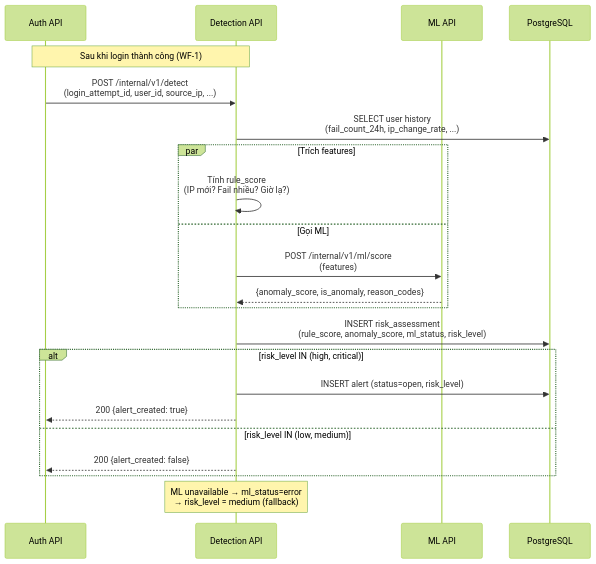
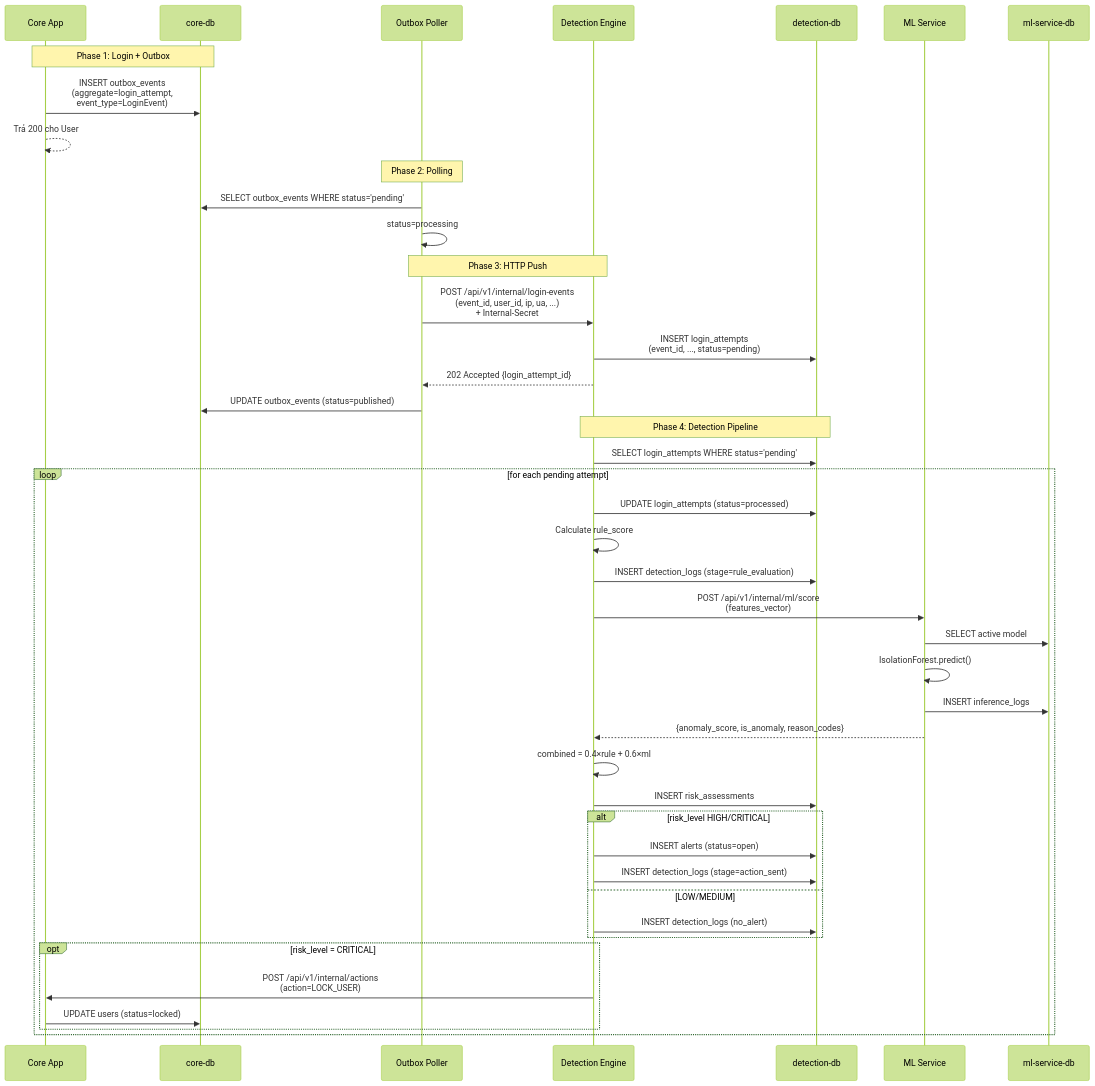
Before and after one commit to Albert-Tuan/sentinel-auth: the third of 7 diagrams in docs/workflows.mmd, drawn with Mermaid (forest theme). The commit also changed other lines of this file and 73 other files, not shown here.

Commit message:
bo sung document cho detection engine

````diff
--- a/docs/workflows.mmd
+++ b/docs/workflows.mmd
@@ -54,30 +90,54 @@
 ```mermaid
 sequenceDiagram
-    participant A as Auth API
-    participant D as Detection API
-    participant ML as ML API
-    participant DB as PostgreSQL
+    participant CA as Core App
+    participant CDB as core-db
+    participant OP as Outbox Poller
+    participant DE as Detection Engine
+    participant DDB as detection-db
+    participant ML as ML Service
+    participant MDB as ml-service-db
 
-    Note over A,D: Sau khi login thành công (WF-1)
+    Note over CA,CDB: Phase 1: Login + Outbox
+    CA->>CDB: INSERT outbox_events<br/>(aggregate=login_attempt,<br/>event_type=LoginEvent)
+    CA-->>CA: Trả 200 cho User
 
-    A->>D: POST /internal/v1/detect<br/>(login_attempt_id, user_id, source_ip, ...)
-    D->>DB: SELECT user history<br/>(fail_count_24h, ip_change_rate, ...)
+    Note over OP: Phase 2: Polling
+    OP->>CDB: SELECT outbox_events WHERE status='pending'
+    OP->>OP: status=processing
 
-    par Trích features
-        D->>D: Tính rule_score<br/>(IP mới? Fail nhiều? Giờ lạ?)
-    and Gọi ML
-        D->>ML: POST /internal/v1/ml/score<br/>(features)
-        ML-->>D: {anomaly_score, is_anomaly, reason_codes}
+    Note over OP,DE: Phase 3: HTTP Push
+    OP->>DE: POST /api/v1/internal/login-events<br/>(event_id, user_id, ip, ua, ...)<br/>+ Internal-Secret
+    DE->>DDB: INSERT login_attempts<br/>(event_id, ..., status=pending)
+    DE-->>OP: 202 Accepted {login_attempt_id}
+    OP->>CDB: UPDATE outbox_events (status=published)
+
+    Note over DE,DDB: Phase 4: Detection Pipeline
+    DE->>DDB: SELECT login_attempts WHERE status='pending'
+
+    loop for each pending attempt
+        DE->>DDB: UPDATE login_attempts (status=processed)
+        DE->>DE: Calculate rule_score
+        DE->>DDB: INSERT detection_logs (stage=rule_evaluation)
+
+        DE->>ML: POST /api/v1/internal/ml/score<br/>(features_vector)
+        ML->>MDB: SELECT active model
+        ML->>ML: IsolationForest.predict()
+        ML->>MDB: INSERT inference_logs
+        ML-->>DE: {anomaly_score, is_anomaly, reason_codes}
+
+        DE->>DE: combined = 0.4×rule + 0.6×ml
+        DE->>DDB: INSERT risk_assessments
+
+        alt risk_level HIGH/CRITICAL
+            DE->>DDB: INSERT alerts (status=open)
+            DE->>DDB: INSERT detection_logs (stage=action_sent)
+        else LOW/MEDIUM
+            DE->>DDB: INSERT detection_logs (no_alert)
+        end
+
+        opt risk_level = CRITICAL
+            DE->>CA: POST /api/v1/internal/actions<br/>(action=LOCK_USER)
+            CA->>CDB: UPDATE users (status=locked)
+        end
     end
-
-    D->>DB: INSERT risk_assessment<br/>(rule_score, anomaly_score, ml_status, risk_level)
-
-    alt risk_level IN (high, critical)
-        D->>DB: INSERT alert (status=open, risk_level)
-        D-->>A: 200 {alert_created: true}
-    else risk_level IN (low, medium)
-        D-->>A: 200 {alert_created: false}
-    end
-
-    Note over D: ML unavailable → ml_status=error<br/>→ risk_level = medium (fallback)
 ```
````
